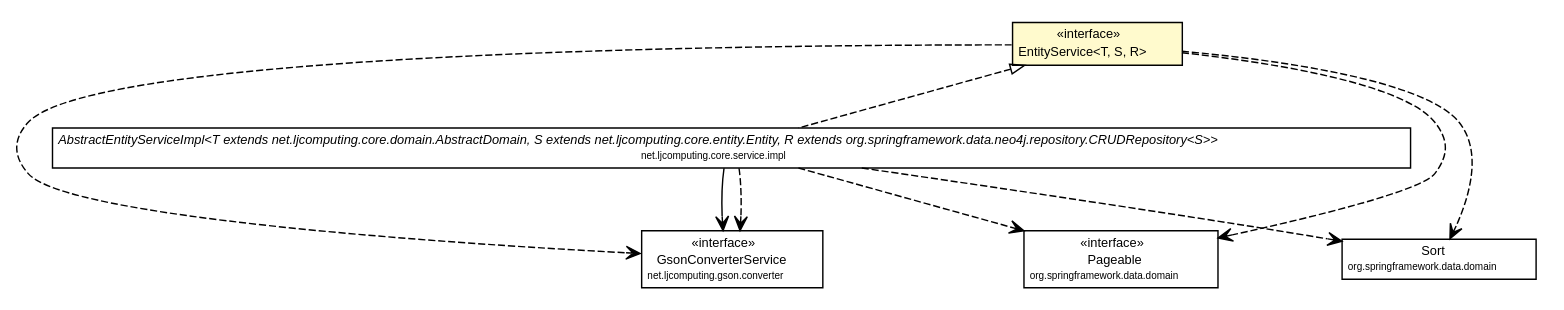
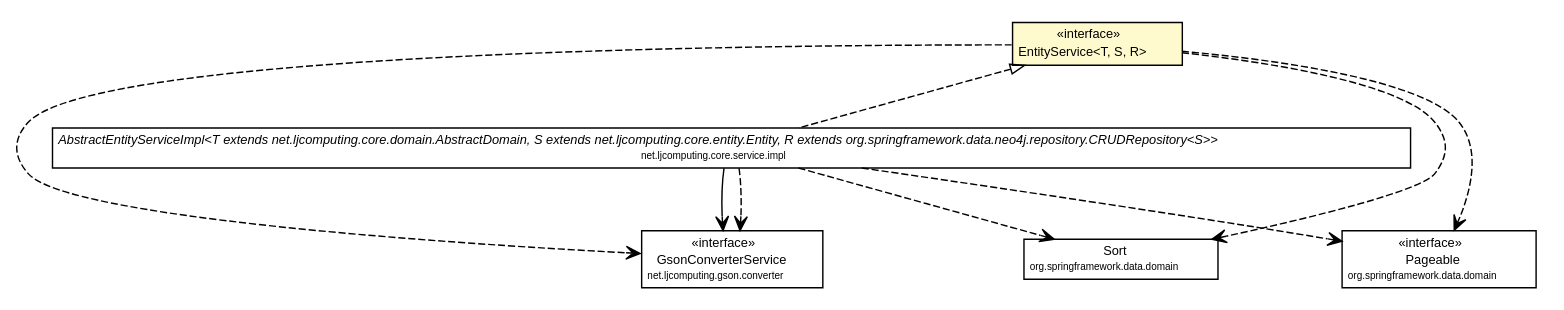
The diagram in net.ljcomputing.core/docs/javadoc/apidocs/net/ljcomputing/core/service/EntityService.dot (willmorejg/net.ljcomputing.ecsr), drawn with Graphviz before and after one commit. The commit also changed 252 other files, not shown here.

Commit message:
Refactored entity service. Corrected source code formatting / javadoc.

```diff
--- a/net.ljcomputing.core/docs/javadoc/apidocs/net/ljcomputing/core/service/EntityService.dot
+++ b/net.ljcomputing.core/docs/javadoc/apidocs/net/ljcomputing/core/service/EntityService.dot
@@ -1,65 +1,65 @@
 #!/usr/local/bin/dot
 #
 # Class diagram 
 # Generated by UMLGraph version R5_6 (http://www.umlgraph.org/)
 #
 
 digraph G {
 	edge [fontname="Helvetica",fontsize=10,labelfontname="Helvetica",labelfontsize=10];
 	node [fontname="Helvetica",fontsize=10,shape=plaintext];
 	nodesep=0.25;
 	ranksep=0.5;
 	// net.ljcomputing.core.service.impl.AbstractEntityServiceImpl<T extends net.ljcomputing.core.domain.AbstractDomain, S extends net.ljcomputing.core.entity.Entity, R extends org.springframework.data.neo4j.repository.CRUDRepository<S>>
 	c132 [label=<<table title="net.ljcomputing.core.service.impl.AbstractEntityServiceImpl" border="0" cellborder="1" cellspacing="0" cellpadding="2" port="p" href="./impl/AbstractEntityServiceImpl.html">
 		<tr><td><table border="0" cellspacing="0" cellpadding="1">
 <tr><td align="center" balign="center"><font face="Helvetica-Oblique"> AbstractEntityServiceImpl&lt;T extends net.ljcomputing.core.domain.AbstractDomain, S extends net.ljcomputing.core.entity.Entity, R extends org.springframework.data.neo4j.repository.CRUDRepository&lt;S&gt;&gt; </font></td></tr>
 <tr><td align="center" balign="center"><font point-size="7.0"> net.ljcomputing.core.service.impl </font></td></tr>
 		</table></td></tr>
 		</table>>, URL="./impl/AbstractEntityServiceImpl.html", fontname="Helvetica", fontcolor="black", fontsize=9.0];
 	// net.ljcomputing.core.service.EntityService<T, S, R>
 	c133 [label=<<table title="net.ljcomputing.core.service.EntityService" border="0" cellborder="1" cellspacing="0" cellpadding="2" port="p" bgcolor="lemonChiffon" href="./EntityService.html">
 		<tr><td><table border="0" cellspacing="0" cellpadding="1">
 <tr><td align="center" balign="center"> &#171;interface&#187; </td></tr>
 <tr><td align="center" balign="center"> EntityService&lt;T, S, R&gt; </td></tr>
 		</table></td></tr>
 		</table>>, URL="./EntityService.html", fontname="Helvetica", fontcolor="black", fontsize=9.0];
 	//net.ljcomputing.core.service.impl.AbstractEntityServiceImpl<T extends net.ljcomputing.core.domain.AbstractDomain, S extends net.ljcomputing.core.entity.Entity, R extends org.springframework.data.neo4j.repository.CRUDRepository<S>> implements net.ljcomputing.core.service.EntityService<T, S, R>
 	c133:p -> c132:p [dir=back,arrowtail=empty,style=dashed];
 	// net.ljcomputing.core.service.impl.AbstractEntityServiceImpl<T extends net.ljcomputing.core.domain.AbstractDomain, S extends net.ljcomputing.core.entity.Entity, R extends org.springframework.data.neo4j.repository.CRUDRepository<S>> NAVASSOC net.ljcomputing.gson.converter.GsonConverterService
 	c132:p -> c134:p [taillabel="", label="", headlabel="", fontname="Helvetica", fontcolor="black", fontsize=10.0, color="black", arrowhead=open];
-	// net.ljcomputing.core.service.impl.AbstractEntityServiceImpl<T extends net.ljcomputing.core.domain.AbstractDomain, S extends net.ljcomputing.core.entity.Entity, R extends org.springframework.data.neo4j.repository.CRUDRepository<S>> DEPEND org.springframework.data.domain.Pageable
-	c132:p -> c135:p [taillabel="", label="", headlabel="", fontname="Helvetica", fontcolor="black", fontsize=10.0, color="black", arrowhead=open, style=dashed];
 	// net.ljcomputing.core.service.impl.AbstractEntityServiceImpl<T extends net.ljcomputing.core.domain.AbstractDomain, S extends net.ljcomputing.core.entity.Entity, R extends org.springframework.data.neo4j.repository.CRUDRepository<S>> DEPEND net.ljcomputing.gson.converter.GsonConverterService
 	c132:p -> c134:p [taillabel="", label="", headlabel="", fontname="Helvetica", fontcolor="black", fontsize=10.0, color="black", arrowhead=open, style=dashed];
 	// net.ljcomputing.core.service.impl.AbstractEntityServiceImpl<T extends net.ljcomputing.core.domain.AbstractDomain, S extends net.ljcomputing.core.entity.Entity, R extends org.springframework.data.neo4j.repository.CRUDRepository<S>> DEPEND org.springframework.data.domain.Sort
+	c132:p -> c135:p [taillabel="", label="", headlabel="", fontname="Helvetica", fontcolor="black", fontsize=10.0, color="black", arrowhead=open, style=dashed];
+	// net.ljcomputing.core.service.impl.AbstractEntityServiceImpl<T extends net.ljcomputing.core.domain.AbstractDomain, S extends net.ljcomputing.core.entity.Entity, R extends org.springframework.data.neo4j.repository.CRUDRepository<S>> DEPEND org.springframework.data.domain.Pageable
 	c132:p -> c136:p [taillabel="", label="", headlabel="", fontname="Helvetica", fontcolor="black", fontsize=10.0, color="black", arrowhead=open, style=dashed];
-	// net.ljcomputing.core.service.EntityService<T, S, R> DEPEND org.springframework.data.domain.Pageable
-	c133:p -> c135:p [taillabel="", label="", headlabel="", fontname="Helvetica", fontcolor="black", fontsize=10.0, color="black", arrowhead=open, style=dashed];
 	// net.ljcomputing.core.service.EntityService<T, S, R> DEPEND net.ljcomputing.gson.converter.GsonConverterService
 	c133:p -> c134:p [taillabel="", label="", headlabel="", fontname="Helvetica", fontcolor="black", fontsize=10.0, color="black", arrowhead=open, style=dashed];
 	// net.ljcomputing.core.service.EntityService<T, S, R> DEPEND org.springframework.data.domain.Sort
+	c133:p -> c135:p [taillabel="", label="", headlabel="", fontname="Helvetica", fontcolor="black", fontsize=10.0, color="black", arrowhead=open, style=dashed];
+	// net.ljcomputing.core.service.EntityService<T, S, R> DEPEND org.springframework.data.domain.Pageable
 	c133:p -> c136:p [taillabel="", label="", headlabel="", fontname="Helvetica", fontcolor="black", fontsize=10.0, color="black", arrowhead=open, style=dashed];
 	// net.ljcomputing.gson.converter.GsonConverterService
 	c134 [label=<<table title="net.ljcomputing.gson.converter.GsonConverterService" border="0" cellborder="1" cellspacing="0" cellpadding="2" port="p">
 		<tr><td><table border="0" cellspacing="0" cellpadding="1">
 <tr><td align="center" balign="center"> &#171;interface&#187; </td></tr>
 <tr><td align="center" balign="center"> GsonConverterService </td></tr>
 <tr><td align="center" balign="center"><font point-size="7.0"> net.ljcomputing.gson.converter </font></td></tr>
 		</table></td></tr>
 		</table>>, URL="null", fontname="Helvetica", fontcolor="black", fontsize=9.0];
+	// org.springframework.data.domain.Sort
+	c135 [label=<<table title="org.springframework.data.domain.Sort" border="0" cellborder="1" cellspacing="0" cellpadding="2" port="p">
+		<tr><td><table border="0" cellspacing="0" cellpadding="1">
+<tr><td align="center" balign="center"> Sort </td></tr>
+<tr><td align="center" balign="center"><font point-size="7.0"> org.springframework.data.domain </font></td></tr>
+		</table></td></tr>
+		</table>>, URL="null", fontname="Helvetica", fontcolor="black", fontsize=9.0];
 	// org.springframework.data.domain.Pageable
-	c135 [label=<<table title="org.springframework.data.domain.Pageable" border="0" cellborder="1" cellspacing="0" cellpadding="2" port="p">
+	c136 [label=<<table title="org.springframework.data.domain.Pageable" border="0" cellborder="1" cellspacing="0" cellpadding="2" port="p">
 		<tr><td><table border="0" cellspacing="0" cellpadding="1">
 <tr><td align="center" balign="center"> &#171;interface&#187; </td></tr>
 <tr><td align="center" balign="center"> Pageable </td></tr>
 <tr><td align="center" balign="center"><font point-size="7.0"> org.springframework.data.domain </font></td></tr>
 		</table></td></tr>
 		</table>>, URL="null", fontname="Helvetica", fontcolor="black", fontsize=9.0];
-	// org.springframework.data.domain.Sort
-	c136 [label=<<table title="org.springframework.data.domain.Sort" border="0" cellborder="1" cellspacing="0" cellpadding="2" port="p">
-		<tr><td><table border="0" cellspacing="0" cellpadding="1">
-<tr><td align="center" balign="center"> Sort </td></tr>
-<tr><td align="center" balign="center"><font point-size="7.0"> org.springframework.data.domain </font></td></tr>
-		</table></td></tr>
-		</table>>, URL="null", fontname="Helvetica", fontcolor="black", fontsize=9.0];
 }
```
